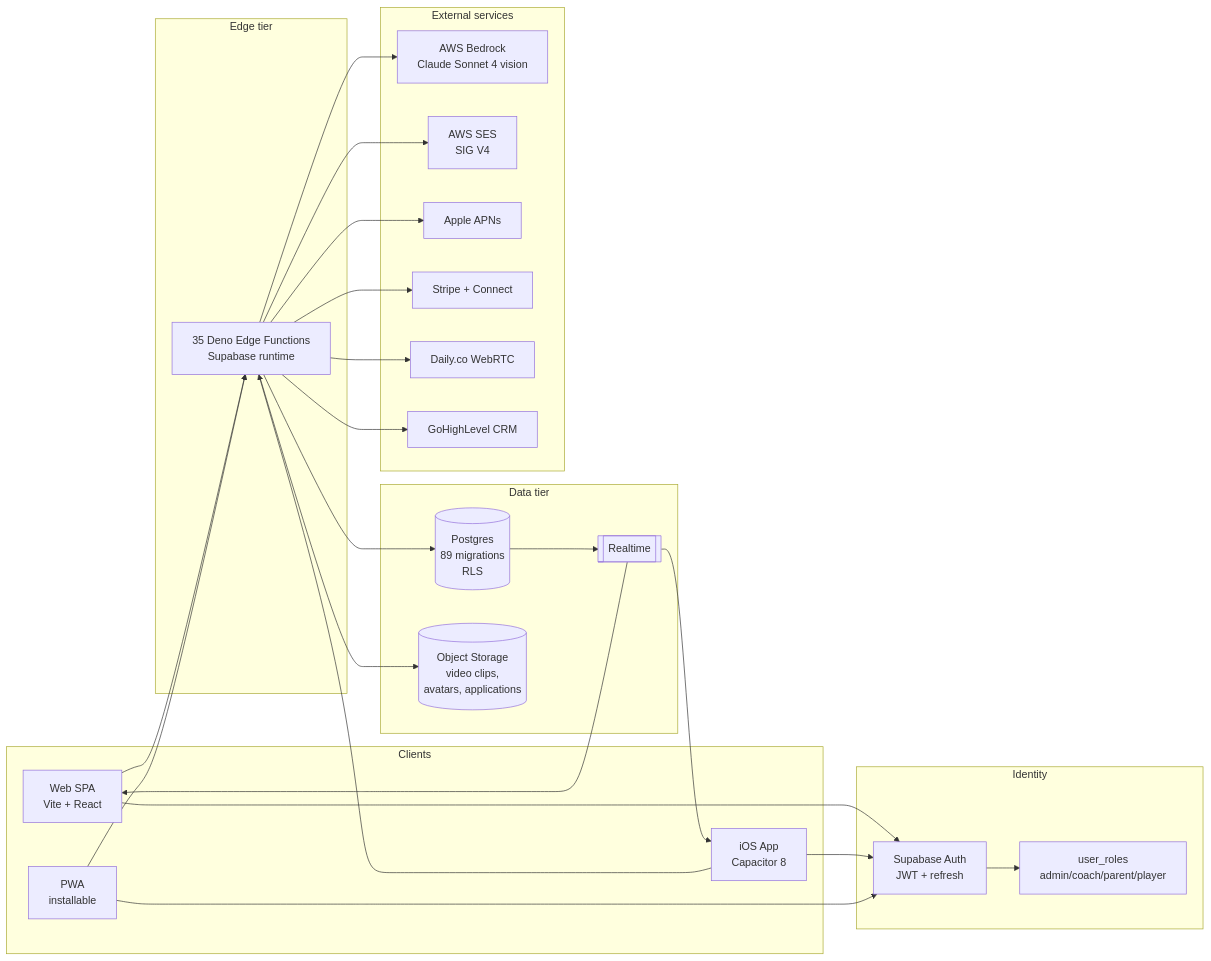
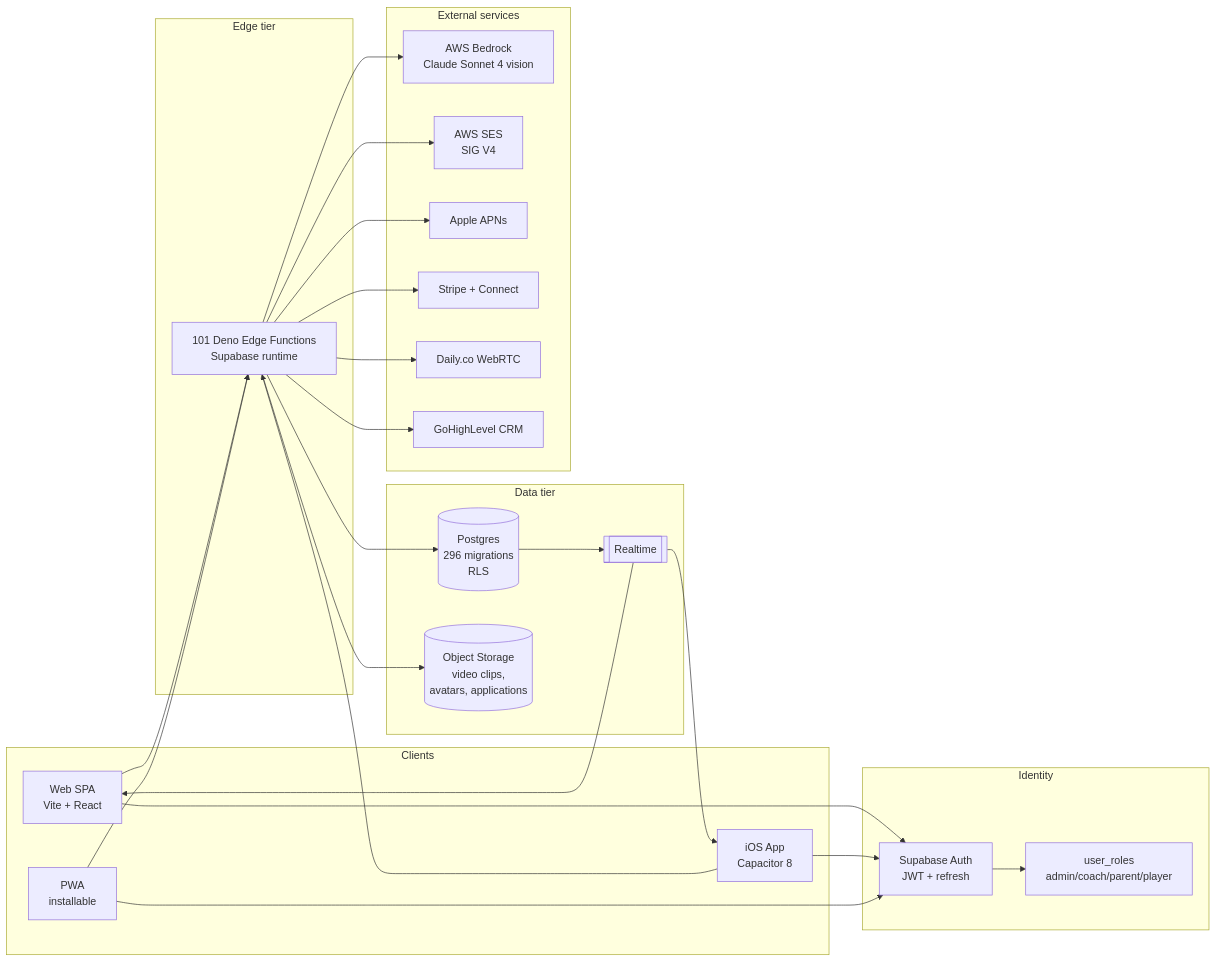
One commit to jashabalcom/swing-institute-architecture changed the first of 7 diagrams in ARCHITECTURE.md. Above: the diagram before and after it, drawn with Mermaid. The commit also changed other lines of this file and 3 other files, not shown here.

````diff
--- a/ARCHITECTURE.md
+++ b/ARCHITECTURE.md
@@ -43,54 +71,54 @@
 ```mermaid
 flowchart LR
     subgraph clients[Clients]
       web[Web SPA<br/>Vite + React]
       ios[iOS App<br/>Capacitor 8]
       pwa[PWA<br/>installable]
     end
 
     subgraph edge[Edge tier]
-      fns[35 Deno Edge Functions<br/>Supabase runtime]
+      fns[101 Deno Edge Functions<br/>Supabase runtime]
     end
 
     subgraph data[Data tier]
-      pg[(Postgres<br/>89 migrations<br/>RLS)]
+      pg[(Postgres<br/>296 migrations<br/>RLS)]
       stor[(Object Storage<br/>video clips,<br/>avatars, applications)]
       rt[[Realtime]]
     end
 
     subgraph identity[Identity]
       auth[Supabase Auth<br/>JWT + refresh]
       roles[user_roles<br/>admin/coach/parent/player]
     end
 
     subgraph external[External services]
       bedrock[AWS Bedrock<br/>Claude Sonnet 4 vision]
       ses[AWS SES<br/>SIG V4]
       apns[Apple APNs]
       stripe[Stripe + Connect]
       daily[Daily.co WebRTC]
       ghl[GoHighLevel CRM]
     end
 
     web --> auth
     ios --> auth
     pwa --> auth
     auth --> roles
 
     web --> fns
     ios --> fns
     pwa --> fns
 
     fns --> pg
     fns --> stor
     pg --> rt
     rt --> web
     rt --> ios
 
     fns --> bedrock
     fns --> ses
     fns --> apns
     fns --> stripe
     fns --> daily
     fns --> ghl
 ```
````
